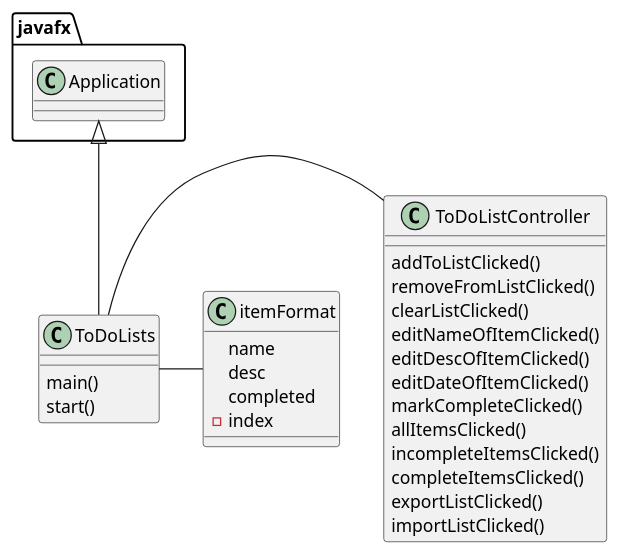
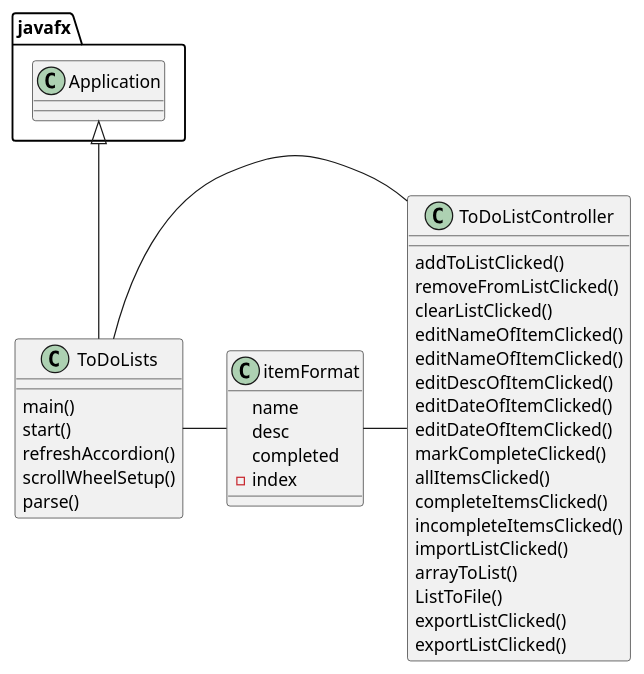
Before and after one commit to TroyBaggs314/baggs-cop3330-assignment4part2: the diagram in uml/Class Diagram.puml, drawn with PlantUML. The commit also changed 7 other files, not shown here.

```diff
--- a/uml/Class Diagram.puml
+++ b/uml/Class Diagram.puml
@@ -1,43 +1,49 @@
 @startuml
 'https://plantuml.com/sequence-diagram
 
 
 class ToDoLists
 {
     main()
     start()
+    refreshAccordion()
+    scrollWheelSetup()
+    parse()
 }
 
 class ToDoListController
 {
-    /'addListClicked()
-    removeListClicked()
-    editListTitleClicked()'/
     addToListClicked()
     removeFromListClicked()
     clearListClicked()
     editNameOfItemClicked()
+    editNameOfItemClicked()
     editDescOfItemClicked()
+    editDateOfItemClicked()
     editDateOfItemClicked()
     markCompleteClicked()
     allItemsClicked()
+    completeItemsClicked()
     incompleteItemsClicked()
-    completeItemsClicked()
+    importListClicked()
+    arrayToList()
+    ListToFile()
     exportListClicked()
-    importListClicked()
+    exportListClicked()
     'needs readme.md'
 }
 
 class itemFormat
 {
     name
     desc
     completed
     -index
 }
 
 javafx.Application <|-- ToDoLists
 ToDoLists - ToDoListController
 ToDoLists - itemFormat
+itemFormat - ToDoListController
 
 @enduml
```
